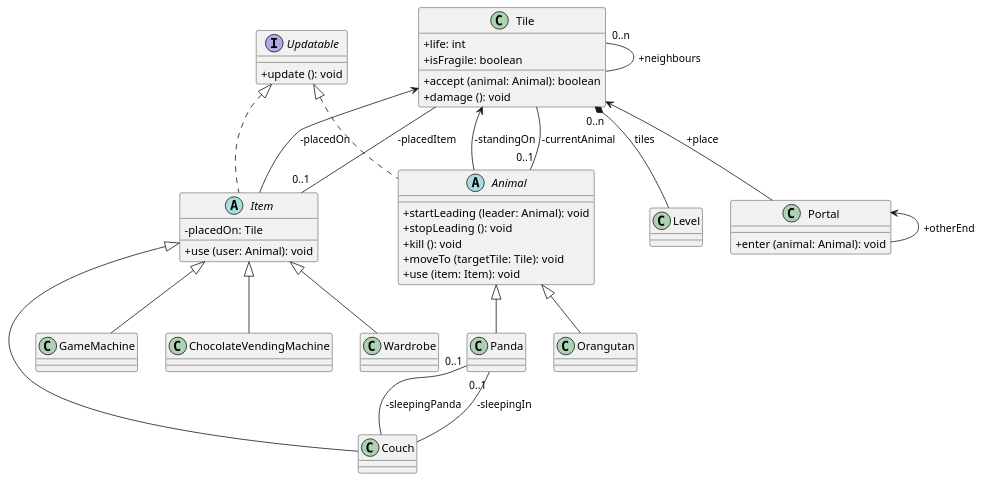
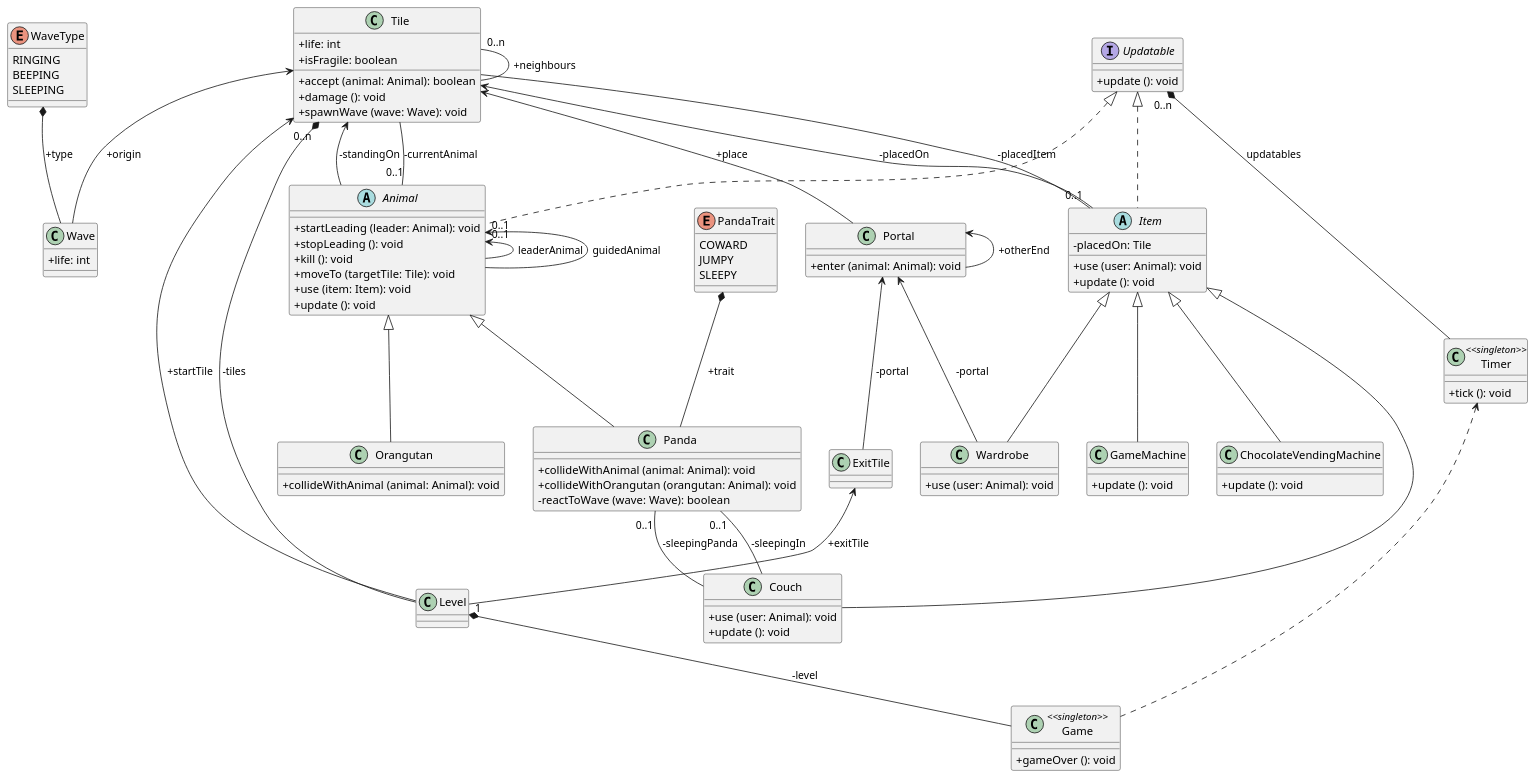
The diagram in 3-analysis-modell/java/ClassDiagram.puml (bokovhu/software-project-laboratory-assignment), drawn with PlantUML before and after one commit.

Commit message:
Finish class diagram

```diff
--- a/3-analysis-modell/java/ClassDiagram.puml
+++ b/3-analysis-modell/java/ClassDiagram.puml
@@ -1,83 +1,162 @@
 @startuml
 
 skinparam classAttributeIconSize 0
 skinparam guillemet false
+
+' =====
+' Enums
+' =====
+
+enum WaveType {
+    RINGING
+    BEEPING
+    SLEEPING
+}
+
+enum PandaTrait {
+    COWARD
+    JUMPY
+    SLEEPY
+}
+
+' ==========
+' Interfaces
+' ==========
+
+interface Updatable {
+    +update (): void
+}
+
+' =======
+' Classes
+' =======
+
+class Timer <<singleton>> {
+    +tick (): void
+}
+
+class Game <<singleton>> {
+    +gameOver (): void
+}
+
+class Level {
+}
 
 class Tile {
     +life: int
     +isFragile: boolean
     +accept (animal: Animal): boolean
     +damage (): void
+    +spawnWave (wave: Wave): void
 }
 
-Tile "0..n" -- Tile : +neighbours
-
-interface Updatable {
-    +update (): void
+class ExitTile {
 }
 
 abstract class Animal {
     +startLeading (leader: Animal): void
     +stopLeading (): void
     +kill (): void
     +moveTo (targetTile: Tile): void
     +use (item: Item): void
+    +update (): void
 }
-
-Tile <-- Animal : -standingOn
-Animal "0..1" -- Tile : -currentAnimal
 
 abstract class Item {
     -placedOn: Tile
     +use (user: Animal): void
+    +update (): void
 }
 
-Tile <-- Item : -placedOn
-Item "0..1" -- Tile : -placedItem
+class Panda {
+    +collideWithAnimal (animal: Animal): void
+    +collideWithOrangutan (orangutan: Animal): void
+    -reactToWave (wave: Wave): boolean
+}
+
+class Orangutan {
+    +collideWithAnimal (animal: Animal): void
+}
+
+class Couch {
+    +use (user: Animal): void
+    +update (): void
+}
+
+class GameMachine {
+    +update (): void
+}
+
+class ChocolateVendingMachine {
+    +update (): void
+}
+
+class Wardrobe {
+    +use (user: Animal): void
+}
+
+class Portal {
+    +enter (animal: Animal): void
+}
+
+class Wave {
+    +life: int
+}
+
+' ===========
+' Inheritance
+' ===========
 
 Updatable <|.. Animal
 Updatable <|.. Item
 
-class Level {
-}
-
-Tile "0..n" *-- Level : tiles
-
-class Panda {
-}
-
-class Orangutan {
-}
-
 Animal <|-- Panda
 Animal <|-- Orangutan
-
-class Couch {
-
-}
-
-Panda "0..1" -- Couch : -sleepingPanda
-Couch -- "0..1" Panda : -sleepingIn
-
-class GameMachine {
-}
-
-class ChocolateVendingMachine {
-}
-
-class Wardrobe {
-}
 
 Item <|-- Couch
 Item <|-- GameMachine
 Item <|-- ChocolateVendingMachine
 Item <|-- Wardrobe
 
-class Portal {
-    +enter (animal: Animal): void
-}
+' ============
+' Compositions
+' ============
+
+Updatable "0..n" *-- Timer : updatables
+Tile "0..n" *-- Level : -tiles
+Level "1" *-- Game: -level
+WaveType *-- Wave : +type
+PandaTrait *-- Panda : +trait
+
+' ============
+' Associations
+' ============
+
+Tile "0..n" -- Tile : +neighbours
+
+Tile <-- Animal : -standingOn
+Animal "0..1" -- Tile : -currentAnimal
+
+Animal "0..1" <-- Animal : leaderAnimal
+Animal "0..1" <-- Animal : guidedAnimal
+
+Tile <-- Item : -placedOn
+Item "0..1" -- Tile : -placedItem
+
+Panda "0..1" -- Couch : -sleepingPanda
+Couch -- "0..1" Panda : -sleepingIn
+
+Tile <-- Wave : +origin
 
 Portal <-- Portal : +otherEnd
-Tile <-- Portal: +place
+Tile <-- Portal : +place
+
+Portal <-- ExitTile : -portal
+Portal <-- Wardrobe : -portal
+
+Timer <.. Game
+
+Tile <-- Level : +startTile
+ExitTile <-- Level : +exitTile
 
 @enduml
```
